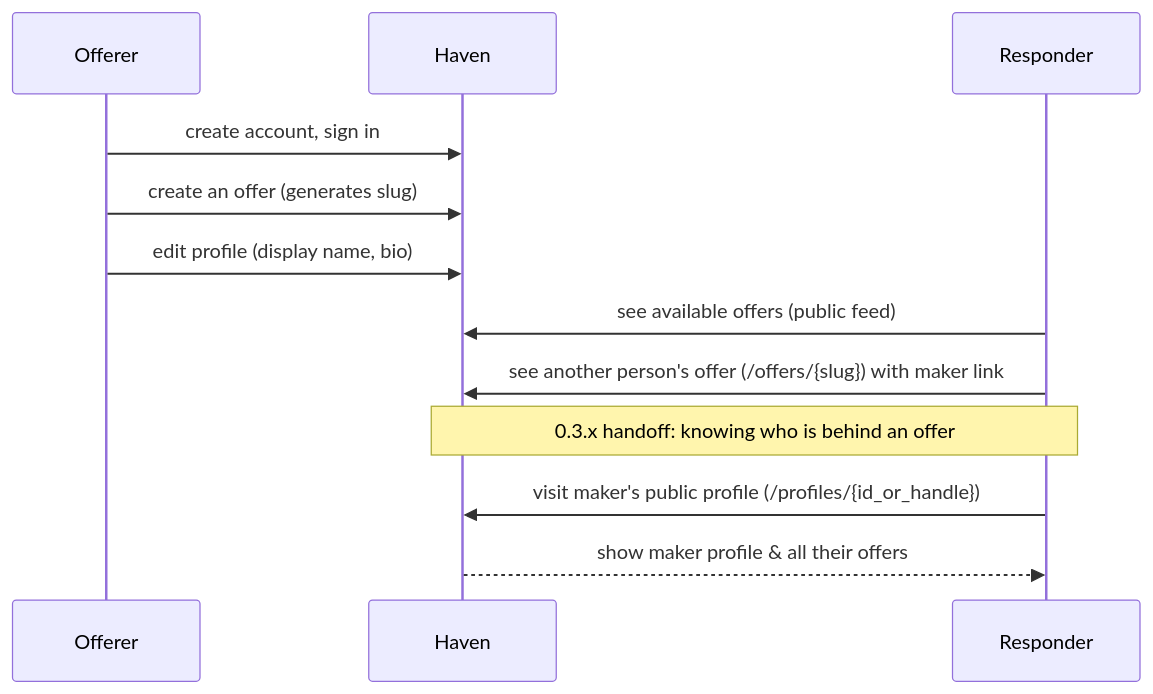
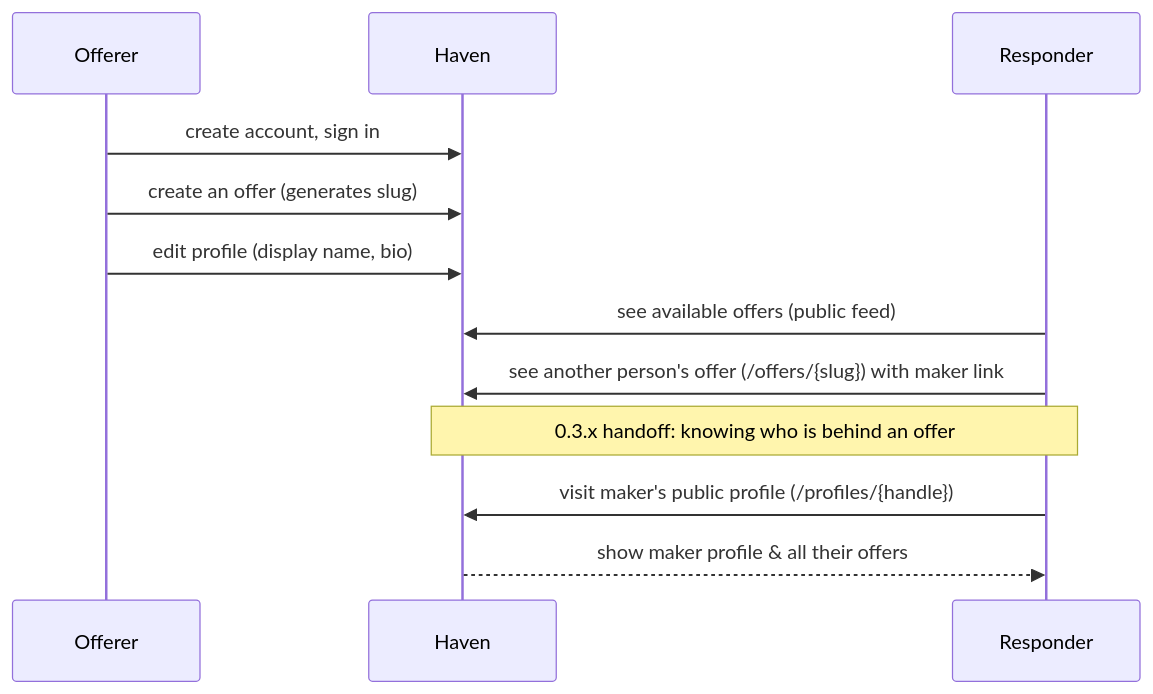
The diagram in docs/JOURNEY.md (Phastboy/haven), drawn with Mermaid before and after one commit. The commit also changed other lines of this file and 9 other files, not shown here.

````diff
--- a/docs/JOURNEY.md
+++ b/docs/JOURNEY.md
@@ -23,14 +23,14 @@
 ```mermaid
 sequenceDiagram
   participant O as Offerer
   participant H as Haven
   participant R as Responder
   O->>H: create account, sign in
   O->>H: create an offer (generates slug)
   O->>H: edit profile (display name, bio)
   R->>H: see available offers (public feed)
   R->>H: see another person's offer (/offers/{slug}) with maker link
   Note over R,H: 0.3.x handoff: knowing who is behind an offer
-  R->>H: visit maker's public profile (/profiles/{id_or_handle})
+  R->>H: visit maker's public profile (/profiles/{handle})
   H-->>R: show maker profile & all their offers
 ```
````
